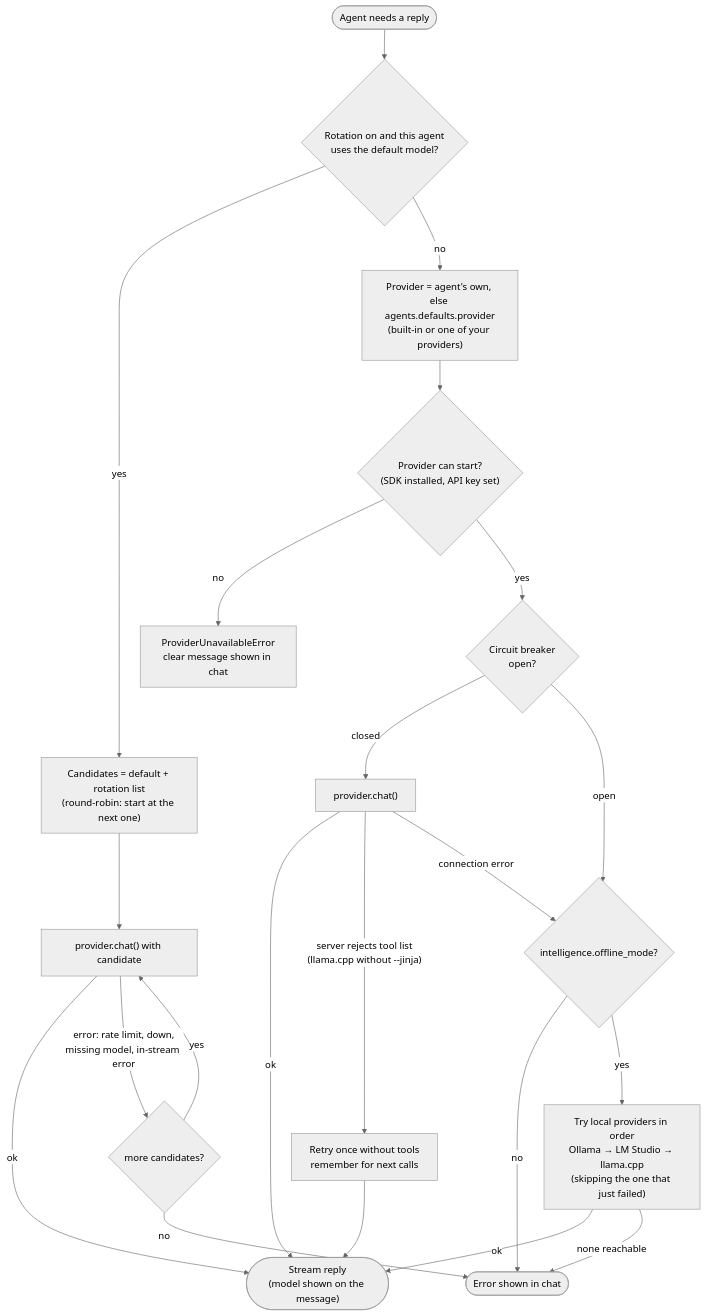
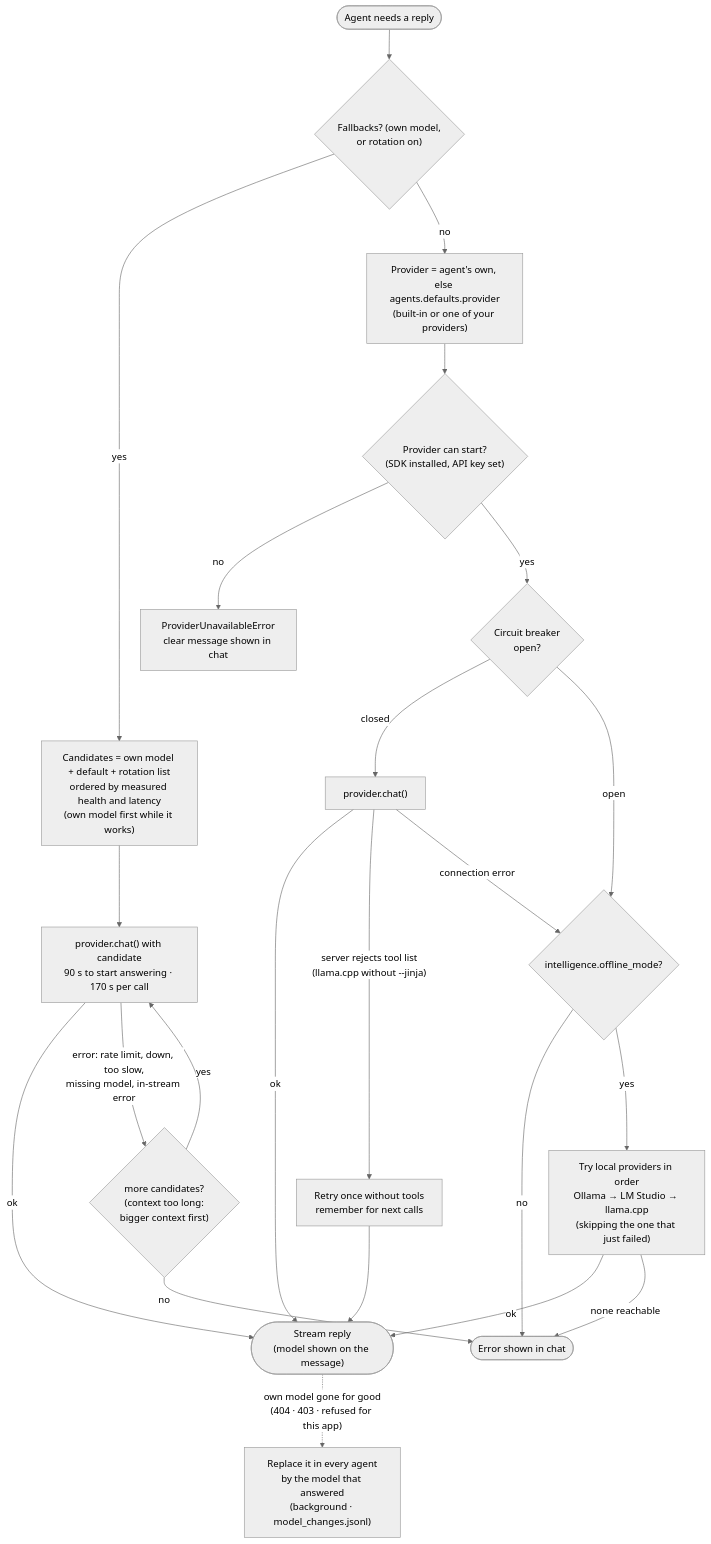
Before and after one commit to adrianx26/zensynora: the fourth of 20 diagrams in docs/architecture_diagram.md, drawn with Mermaid (neutral theme). The commit also changed other lines of this file and 10 other files, not shown here.

````diff
--- a/docs/architecture_diagram.md
+++ b/docs/architecture_diagram.md
@@ -193,24 +197,25 @@
 ```mermaid
 flowchart TD
-    start(["Agent needs a reply"]) --> rot{"Rotation on and this agent<br/>uses the default model?"}
-    rot -- yes --> order["Candidates = default + rotation list<br/>(round-robin: start at the next one)"]
-    order --> tryc["provider.chat() with candidate"]
+    start(["Agent needs a reply"]) --> rot{"Fallbacks? (own model,<br/>or rotation on)"}
+    rot -- yes --> order["Candidates = own model + default + rotation list<br/>ordered by measured health and latency<br/>(own model first while it works)"]
+    order --> tryc["provider.chat() with candidate<br/>90 s to start answering · 170 s per call"]
     tryc -- ok --> replied(["Stream reply<br/>(model shown on the message)"])
-    tryc -- "error: rate limit, down,<br/>missing model, in-stream error" --> nextc{"more candidates?"}
+    tryc -- "error: rate limit, down, too slow,<br/>missing model, in-stream error" --> nextc{"more candidates?<br/>(context too long:<br/>bigger context first)"}
     nextc -- yes --> tryc
     nextc -- no --> fail(["Error shown in chat"])
+    replied -. "own model gone for good<br/>(404 · 403 · refused for this app)" .-> replace["Replace it in every agent<br/>by the model that answered<br/>(background · model_changes.jsonl)"]
     rot -- no --> pick["Provider = agent's own, else agents.defaults.provider<br/>(built-in or one of your providers)"]
     pick --> init{"Provider can start?<br/>(SDK installed, API key set)"}
     init -- no --> err["ProviderUnavailableError<br/>clear message shown in chat"]
     init -- yes --> breaker{"Circuit breaker<br/>open?"}
     breaker -- closed --> llmcall["provider.chat()"]
     llmcall -- ok --> replied
     llmcall -- "server rejects tool list<br/>(llama.cpp without --jinja)" --> notools["Retry once without tools<br/>remember for next calls"]
     notools --> replied
     llmcall -- "connection error" --> offline{"intelligence.offline_mode?"}
     breaker -- open --> offline
     offline -- no --> fail
     offline -- yes --> fb["Try local providers in order<br/>Ollama → LM Studio → llama.cpp<br/>(skipping the one that just failed)"]
     fb -- ok --> replied
     fb -- none reachable --> fail
 ```
````
